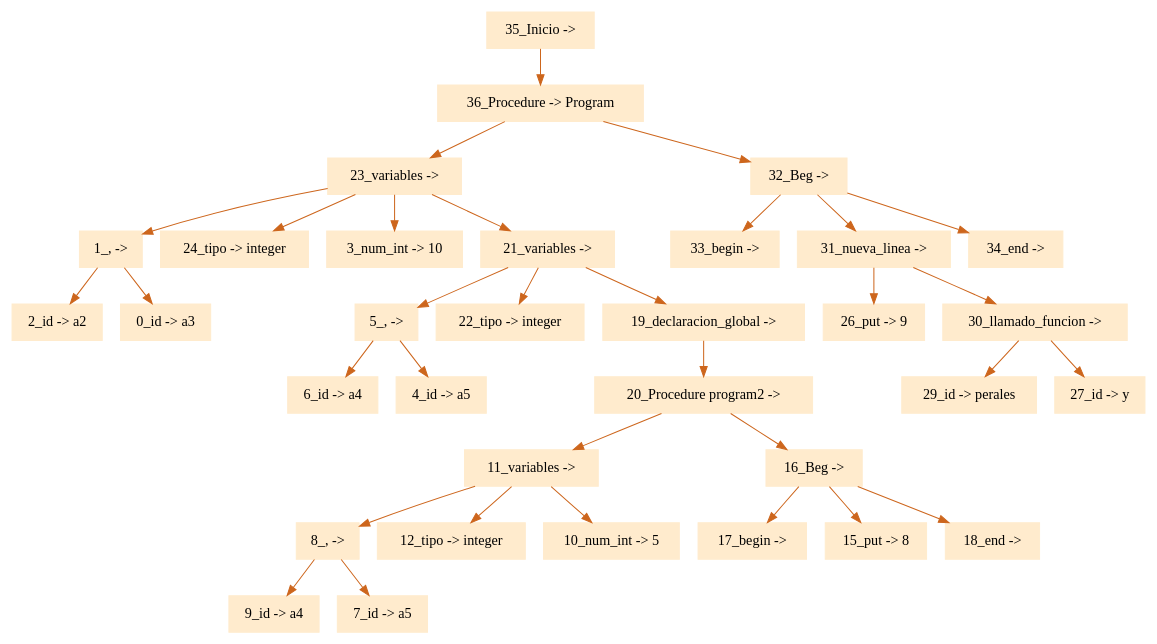
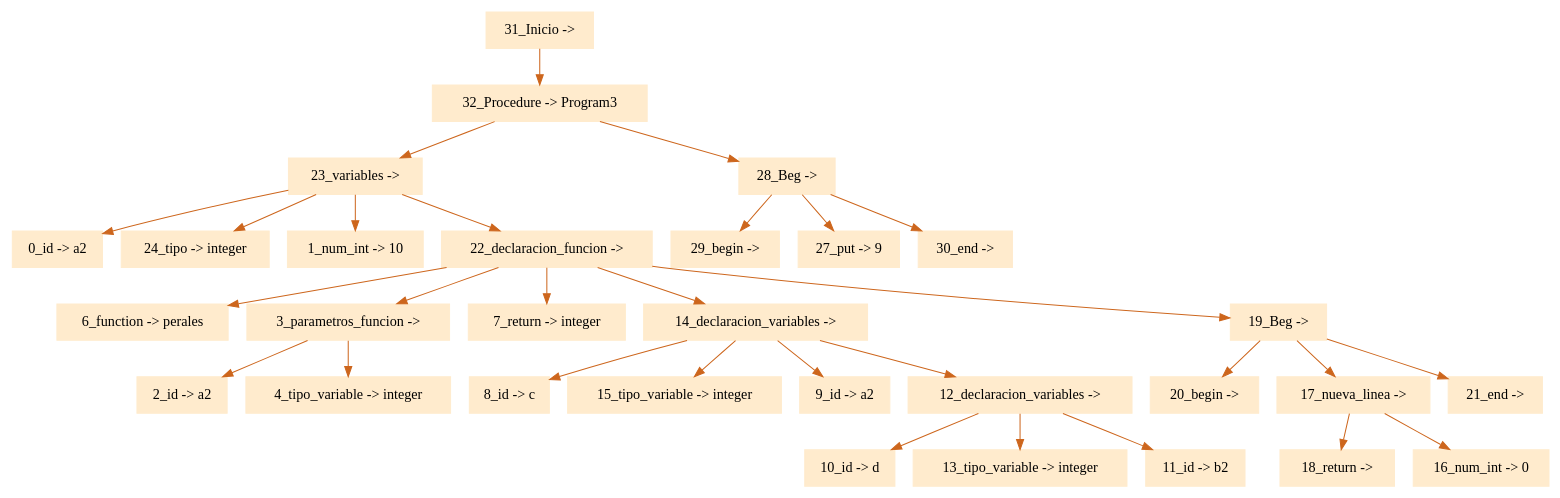
One commit to eliasgz97/Proyecto_Compiladores changed the diagram in ProyectoCompiladores/arbol.dot. Above: the diagram before and after it, drawn with Graphviz. The commit also changed 6 other files, not shown here.

```diff
--- a/ProyectoCompiladores/arbol.dot
+++ b/ProyectoCompiladores/arbol.dot
@@ -1,37 +1,34 @@
 digraph G {node[shape=box, style=filled, color=blanchedalmond]; edge[color=chocolate3];rankdir=UD 
 
-"35_Inicio -> "->"36_Procedure -> Program"
-"36_Procedure -> Program"->"23_variables -> "
-"23_variables -> "->"1_, -> "
-"1_, -> "->"2_id -> a2"
-"1_, -> "->"0_id -> a3"
+"31_Inicio -> "->"32_Procedure -> Program3"
+"32_Procedure -> Program3"->"23_variables -> "
+"23_variables -> "->"0_id -> a2"
 "23_variables -> "->"24_tipo -> integer"
-"23_variables -> "->"3_num_int -> 10"
-"23_variables -> "->"21_variables -> "
-"21_variables -> "->"5_, -> "
-"5_, -> "->"6_id -> a4"
-"5_, -> "->"4_id -> a5"
-"21_variables -> "->"22_tipo -> integer"
-"21_variables -> "->"19_declaracion_global -> "
-"19_declaracion_global -> "->"20_Procedure program2 -> "
-"20_Procedure program2 -> "->"11_variables -> "
-"11_variables -> "->"8_, -> "
-"8_, -> "->"9_id -> a4"
-"8_, -> "->"7_id -> a5"
-"11_variables -> "->"12_tipo -> integer"
-"11_variables -> "->"10_num_int -> 5"
-"20_Procedure program2 -> "->"16_Beg -> "
-"16_Beg -> "->"17_begin -> "
-"16_Beg -> "->"15_put -> 8"
-"16_Beg -> "->"18_end -> "
-"36_Procedure -> Program"->"32_Beg -> "
-"32_Beg -> "->"33_begin -> "
-"32_Beg -> "->"31_nueva_linea -> "
-"31_nueva_linea -> "->"26_put -> 9"
-"31_nueva_linea -> "->"30_llamado_funcion -> "
-"30_llamado_funcion -> "->"29_id -> perales"
-"30_llamado_funcion -> "->"27_id -> y"
-"32_Beg -> "->"34_end -> "
+"23_variables -> "->"1_num_int -> 10"
+"23_variables -> "->"22_declaracion_funcion -> "
+"22_declaracion_funcion -> "->"6_function -> perales"
+"22_declaracion_funcion -> "->"3_parametros_funcion -> "
+"3_parametros_funcion -> "->"2_id -> a2"
+"3_parametros_funcion -> "->"4_tipo_variable -> integer"
+"22_declaracion_funcion -> "->"7_return -> integer"
+"22_declaracion_funcion -> "->"14_declaracion_variables -> "
+"14_declaracion_variables -> "->"8_id -> c"
+"14_declaracion_variables -> "->"15_tipo_variable -> integer"
+"14_declaracion_variables -> "->"9_id -> a2"
+"14_declaracion_variables -> "->"12_declaracion_variables -> "
+"12_declaracion_variables -> "->"10_id -> d"
+"12_declaracion_variables -> "->"13_tipo_variable -> integer"
+"12_declaracion_variables -> "->"11_id -> b2"
+"22_declaracion_funcion -> "->"19_Beg -> "
+"19_Beg -> "->"20_begin -> "
+"19_Beg -> "->"17_nueva_linea -> "
+"17_nueva_linea -> "->"18_return -> "
+"17_nueva_linea -> "->"16_num_int -> 0"
+"19_Beg -> "->"21_end -> "
+"32_Procedure -> Program3"->"28_Beg -> "
+"28_Beg -> "->"29_begin -> "
+"28_Beg -> "->"27_put -> 9"
+"28_Beg -> "->"30_end -> "
 
 
 }
```
